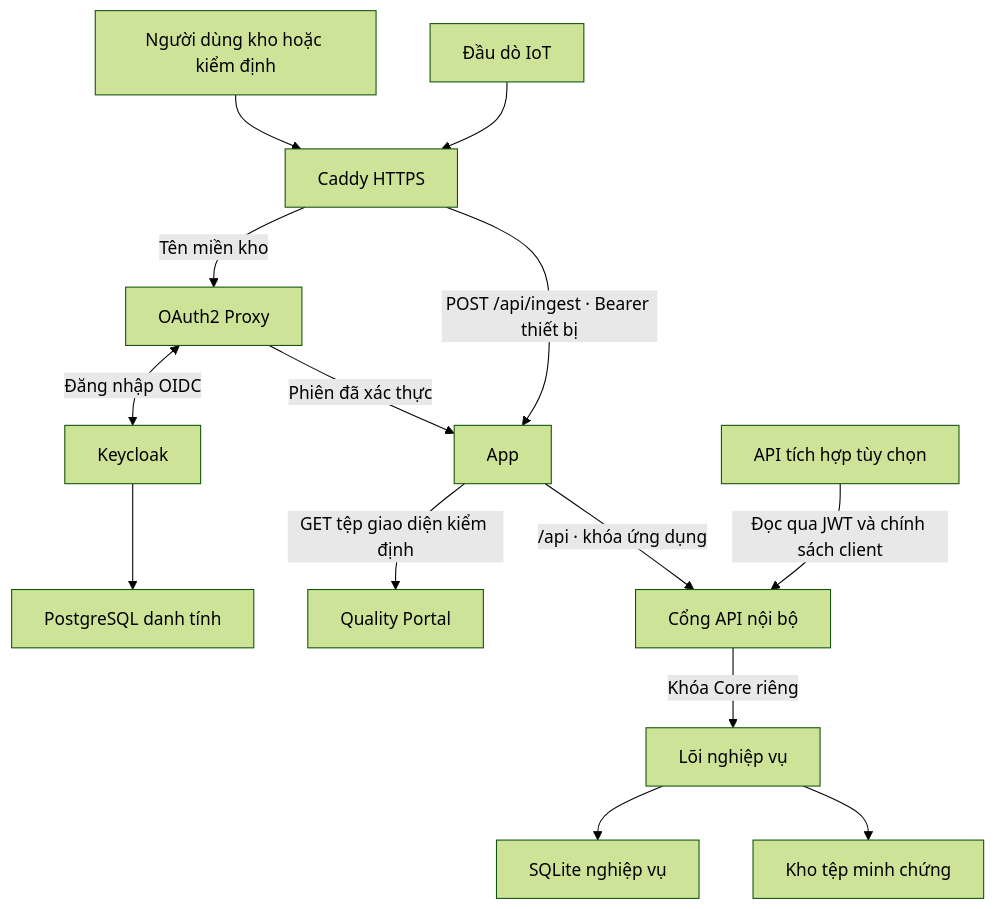
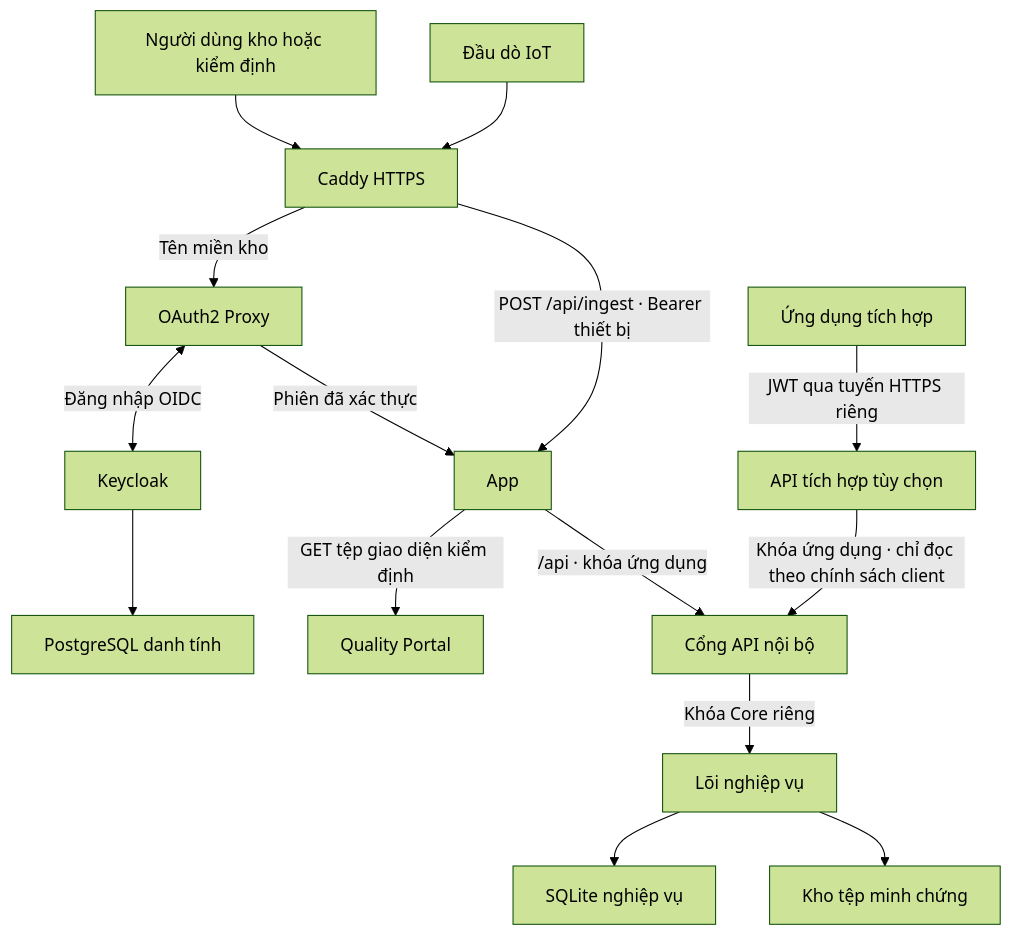
The diagram in README.md (ngochieu1762005/dx_trace), drawn with Mermaid (forest theme) before and after one commit.

Commit message:
docs: clarify external authentication in the request flow

````diff
--- a/README.md
+++ b/README.md
@@ -170,16 +170,17 @@
 ```mermaid
 flowchart TD
     U["Người dùng kho hoặc kiểm định"] --> H["Caddy HTTPS"]
     D["Đầu dò IoT"] --> H
     H -->|"Tên miền kho"| S["OAuth2 Proxy"]
     S <-->|"Đăng nhập OIDC"| I["Keycloak"]
     I --> P["PostgreSQL danh tính"]
     S -->|"Phiên đã xác thực"| A["App"]
     H -->|"POST /api/ingest · Bearer thiết bị"| A
     A -->|"GET tệp giao diện kiểm định"| Q["Quality Portal"]
     A -->|"/api · khóa ứng dụng"| G["Cổng API nội bộ"]
-    E["API tích hợp tùy chọn"] -->|"Đọc qua JWT và chính sách client"| G
+    X["Ứng dụng tích hợp"] -->|"JWT qua tuyến HTTPS riêng"| E["API tích hợp tùy chọn"]
+    E -->|"Khóa ứng dụng · chỉ đọc theo chính sách client"| G
     G -->|"Khóa Core riêng"| C["Lõi nghiệp vụ"]
     C --> B["SQLite nghiệp vụ"]
     C --> F["Kho tệp minh chứng"]
 ```
````
